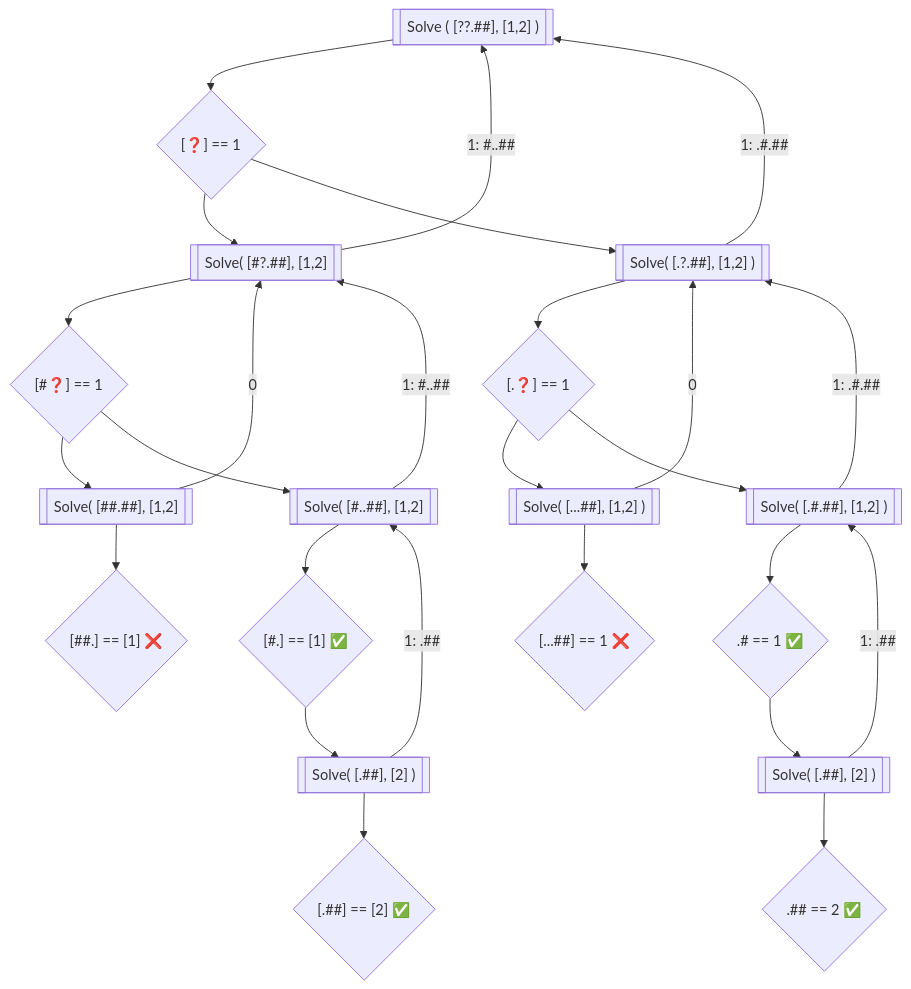
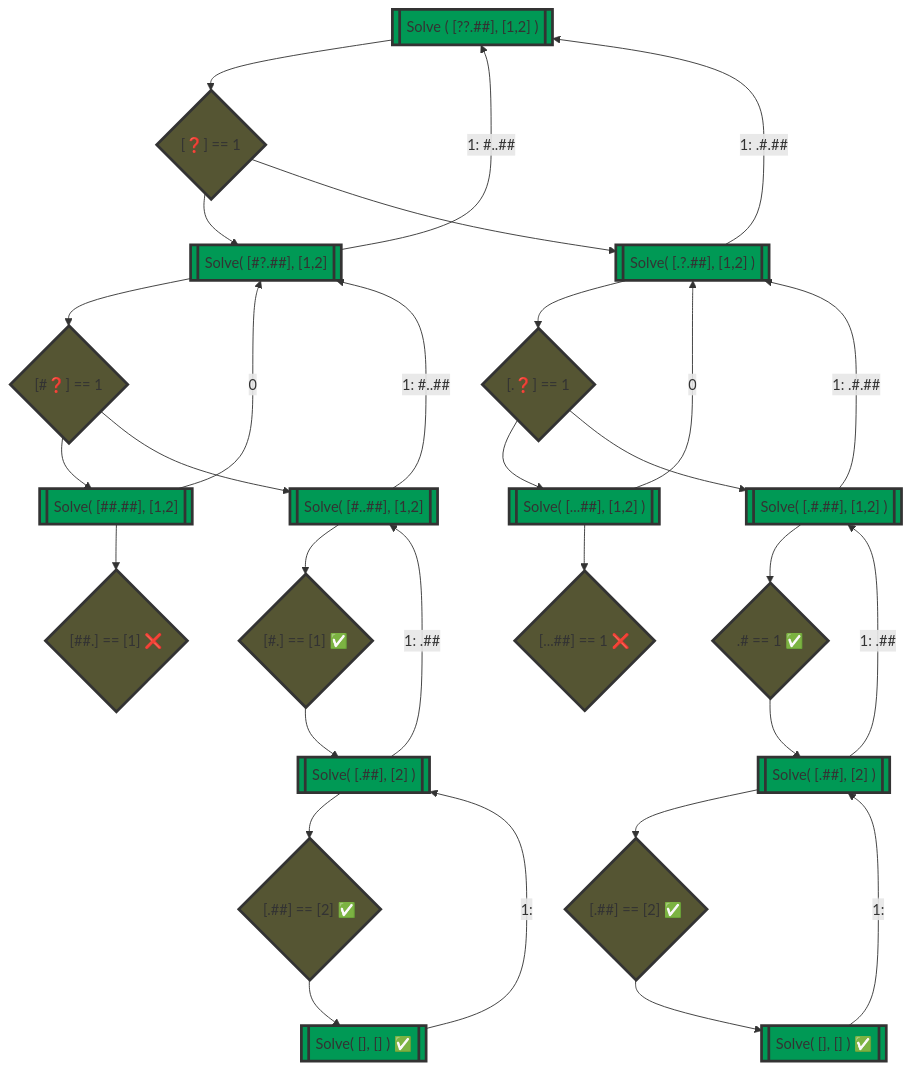
Before and after one commit to gvelim/advent2023: the diagram in src/bin/day12/README.md, drawn with Mermaid. The commit also changed other lines of this file and 1 other file, not shown here.

````diff
--- a/src/bin/day12/README.md
+++ b/src/bin/day12/README.md
@@ -120,23 +120,30 @@
 ```mermaid
 graph TD
     A[["Solve ( [??.##], [1,2] )"]] --> B{"[❓] == 1"}
     B --> C[["Solve( [#?.##], [1,2]"]] 
         C --> E{"[#❓] == 1"} 
             C -- "1: #..##" --> A
             E --> G[["Solve( [##.##], [1,2]"]] -- 0 --> C
                 G --> H{"[##.] == [1] ❌"}
             E --> F[["Solve( [#..##], [1,2]"]] -- "1: #..##" --> C
                 F --> F1 
                     F1{"[#.] == [1] ✅"} --> I
                         I[["Solve( [.##], [2] )"]] -- "1: .##" --> F
                         I --> IA{"[.##] == [2] ✅"}
+                            IA --> IB[["Solve( [], [] ) ✅"]] -- "1:" --> I
     B --> D[["Solve( [.?.##], [1,2] )"]] -- "1: .#.##" --> A
         D --> J{"[.❓] == 1"}
             J --> L -- 0 --> D 
                 L[["Solve( [...##], [1,2] )"]] --> O
                 O{"[...##] == 1 ❌"}
             J --> K[["Solve( [.#.##], [1,2] )"]] -- "1: .#.##" --> D
                 K --> M{".# == 1 ✅"}
                     M --> P[["Solve( [.##], [2] )"]] -- "1: .##" --> K
-                    P --> Q{".## == 2 ✅"}
+                    P --> Q{"[.##] == [2] ✅"}
+                        Q --> QA[["Solve( [], [] ) ✅"]] -- "1:" --> P
+
+    classDef function fill:#095,stroke:#333,stroke-width:3px;
+    classDef decision fill:#553,stroke:#333,stroke-width:3px;
+    class A,C,D,G,F,L,K,P,I,Q,IB,QA function
+    class B,E,H,J,O,F1,IA,M,Q decision
 ```
````
